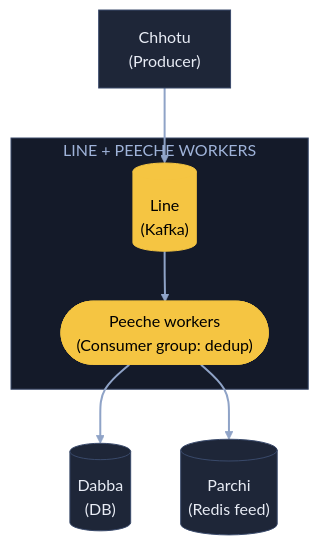
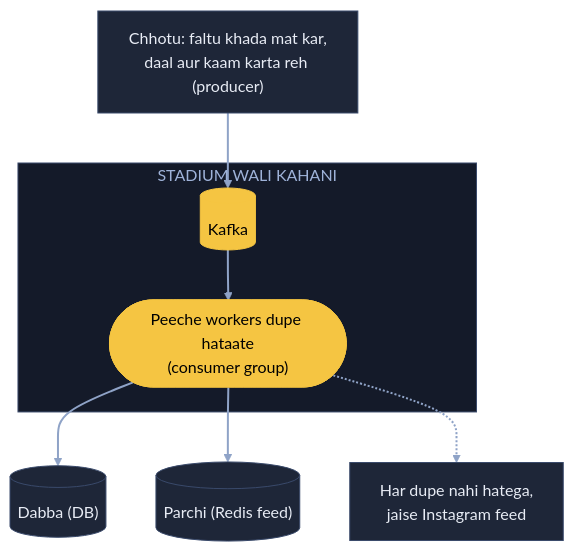
One commit to ArpanMaheshwari144/Prep changed the fourth of 11 diagrams in 04_HLD/SYSTEM_DESIGNS/08_news_aggregator/08_news_aggregator.md. Above: the diagram before and after it, drawn with Mermaid (forest theme). The commit also changed other lines of this file, not shown here.

Commit message:
News: 11 diagram hand notes ke shabdon se; K6 se apna jodा timeout / circuit breaker hataya

````diff
--- a/04_HLD/SYSTEM_DESIGNS/08_news_aggregator/08_news_aggregator.md
+++ b/04_HLD/SYSTEM_DESIGNS/08_news_aggregator/08_news_aggregator.md
@@ -118,20 +120,22 @@
 ```mermaid
 flowchart TB
-    C["Chhotu<br/>(Producer)"]:::card
-    subgraph LN["LINE + PEECHE WORKERS"]
-        K[("Line<br/>(Kafka)")]:::pill
-        W(["Peeche workers<br/>(Consumer group: dedup)"]):::pill
+    C["Chhotu: faltu khada mat kar,<br/>daal aur kaam karta reh (producer)"]:::card
+    subgraph SK["STADIUM WALI KAHANI"]
+        K[("Kafka")]:::pill
+        W(["Peeche workers dupe hataate<br/>(consumer group)"]):::pill
     end
-    D[("Dabba<br/>(DB)")]:::card
-    P[("Parchi<br/>(Redis feed)")]:::card
+    D[("Dabba (DB)")]:::card
+    P[("Parchi (Redis feed)")]:::card
+    N["Har dupe nahi hatega,<br/>jaise Instagram feed"]:::card
     C --> K
     K --> W
     W --> D
     W --> P
+    W -.-> N
     linkStyle default stroke:#8fa3c7,stroke-width:2px
     classDef card fill:#1e2638,stroke:#3a4a6b,color:#e8ecf5
     classDef pill fill:#f5c542,stroke:#f5c542,color:#000
     classDef good fill:#2e7d4f,stroke:#3fbf6f,color:#fff
     classDef bad fill:#5c1f24,stroke:#e05561,color:#fff
-    style LN fill:#141a29,stroke:#3a4a6b,color:#9fb3d9
+    style SK fill:#141a29,stroke:#3a4a6b,color:#9fb3d9
 ```
````
